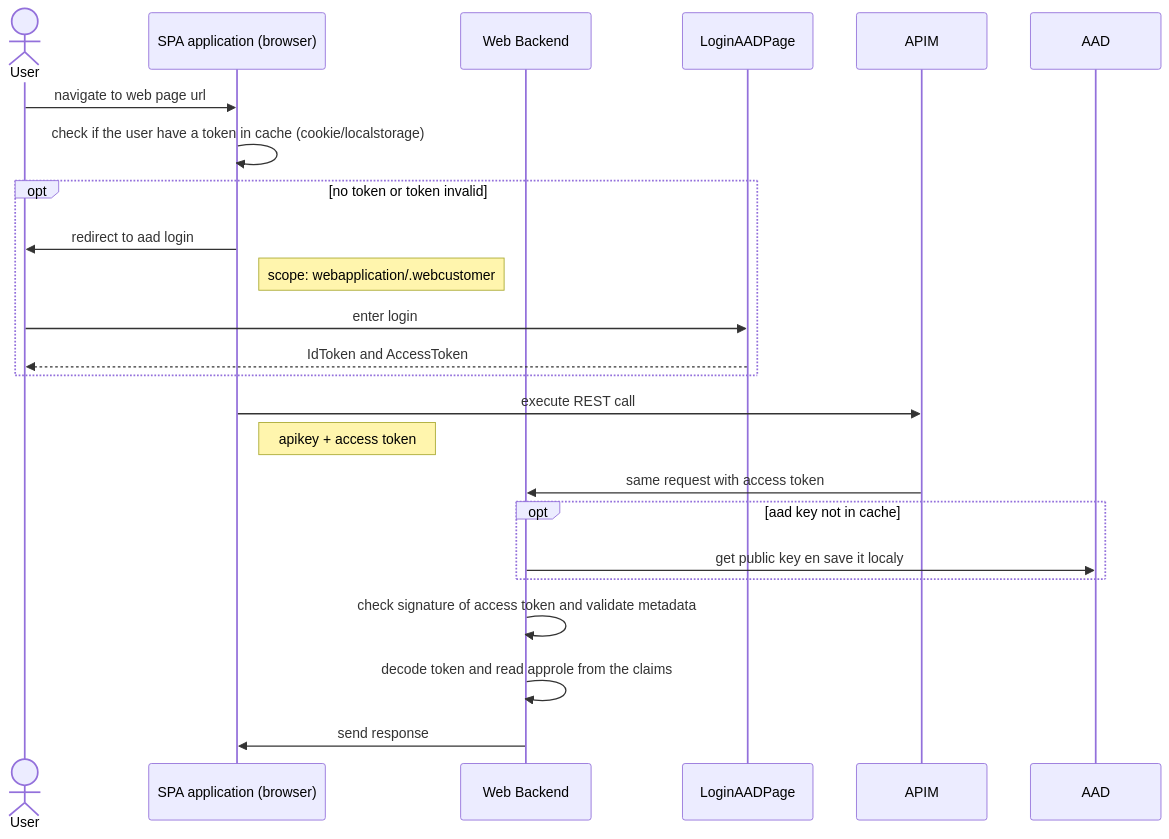
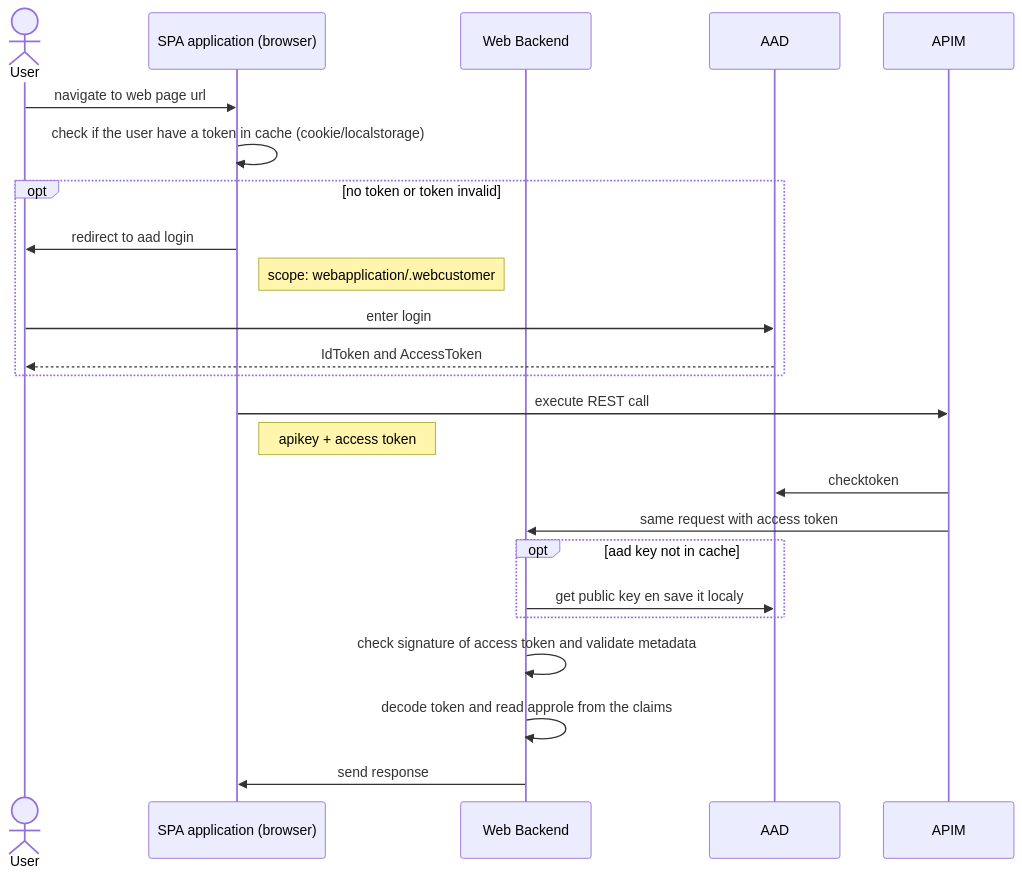
The first of 3 diagrams in README.md (romain-zert/secure_app_with_aad), drawn with Mermaid before and after one commit. The commit also changed other lines of this file, not shown here.

````diff
--- a/README.md
+++ b/README.md
@@ -6,24 +6,25 @@
 ```mermaid
     sequenceDiagram
         actor U as User
         participant SPA as SPA application (browser)
         participant W as Web Backend
         U->>SPA: navigate to web page url
         SPA->>SPA: check if the user have a token in cache (cookie/localstorage)
         opt no token or token invalid
             SPA->>U: redirect to aad login
             Note right of SPA: scope: webapplication/.webcustomer
-            U->>LoginAADPage: enter login
-            LoginAADPage-->>U: IdToken and AccessToken
+            U->>AAD: enter login
+            AAD-->>U: IdToken and AccessToken
         end
         SPA->>APIM: execute REST call
         Note right of SPA: apikey + access token
+        APIM->>AAD: checktoken
         APIM->>W: same request with access token
         opt aad key not in cache
             W->>AAD: get public key en save it localy
         end
         W->>W: check signature of access token and validate metadata
         W->>W: decode token and read approle from the claims
         W->>SPA: send response        
 
 ```
````
